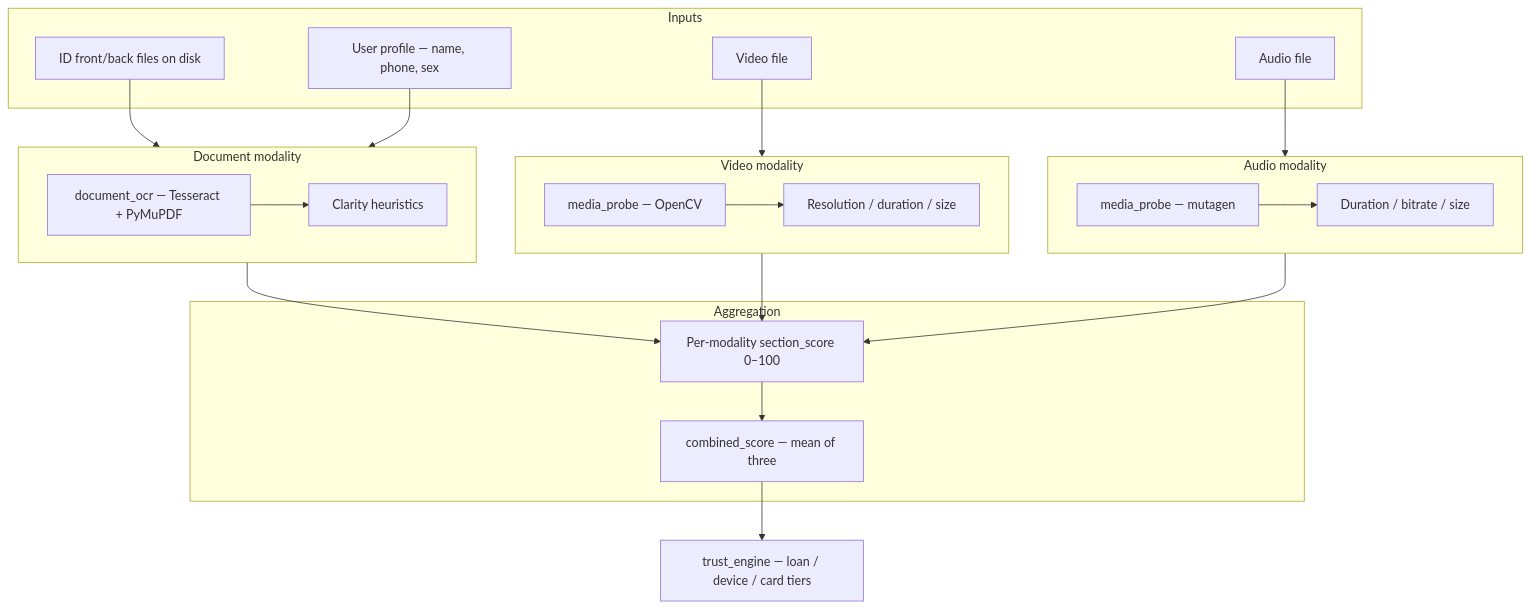
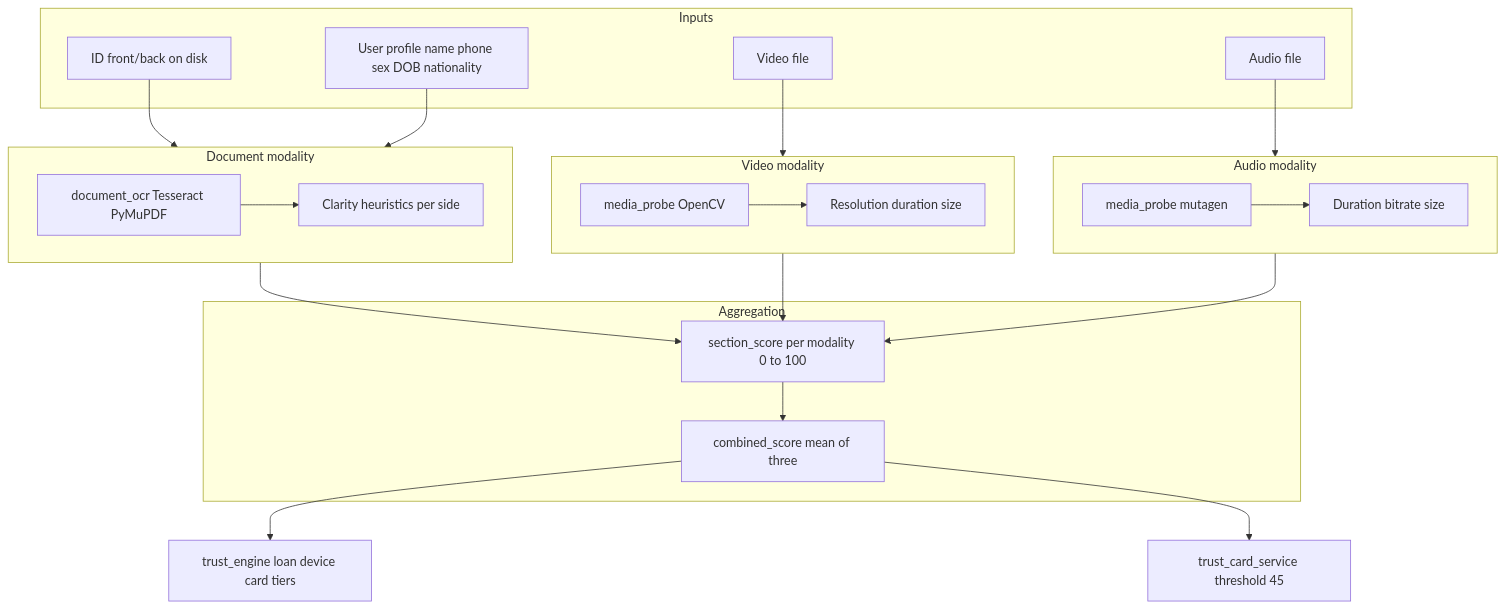
Before and after one commit to mikiashailu/TrustLens: the eighth of 8 diagrams in docs/ARCHITECTURE.md, drawn with Mermaid. The commit also changed other lines of this file and 39 other files, not shown here.

Commit message:
trust card functionaity added

````diff
--- a/docs/ARCHITECTURE.md
+++ b/docs/ARCHITECTURE.md
@@ -221,43 +290,44 @@
 ```mermaid
 flowchart TB
   subgraph inputs["Inputs"]
-    U[User profile — name, phone, sex]
-    F[ID front/back files on disk]
+    U[User profile name phone sex DOB nationality]
+    F[ID front/back on disk]
     V[Video file]
-    A[Audio file]
+    AU[Audio file]
   end
 
   subgraph document_mod["Document modality"]
-    OCR[document_ocr — Tesseract + PyMuPDF]
-    H1[Clarity heuristics]
+    OCR[document_ocr Tesseract PyMuPDF]
+    H1[Clarity heuristics per side]
     OCR --> H1
   end
 
   subgraph video_mod["Video modality"]
-    CV[media_probe — OpenCV]
-    H2[Resolution / duration / size]
+    CV[media_probe OpenCV]
+    H2[Resolution duration size]
     CV --> H2
   end
 
   subgraph audio_mod["Audio modality"]
-    MU[media_probe — mutagen]
-    H3[Duration / bitrate / size]
+    MU[media_probe mutagen]
+    H3[Duration bitrate size]
     MU --> H3
   end
 
   F --> document_mod
   V --> video_mod
-  A --> audio_mod
+  AU --> audio_mod
   U --> document_mod
 
   subgraph combine["Aggregation"]
-    M[Per-modality section_score 0–100]
-    C[combined_score — mean of three]
+    M[section_score per modality 0 to 100]
+    C[combined_score mean of three]
   end
 
   document_mod --> M
   video_mod --> M
   audio_mod --> M
   M --> C
-  C --> EL[trust_engine — loan / device / card tiers]
+  C --> EL[trust_engine loan device card tiers]
+  C --> TC[trust_card_service threshold 45]
 ```
````
